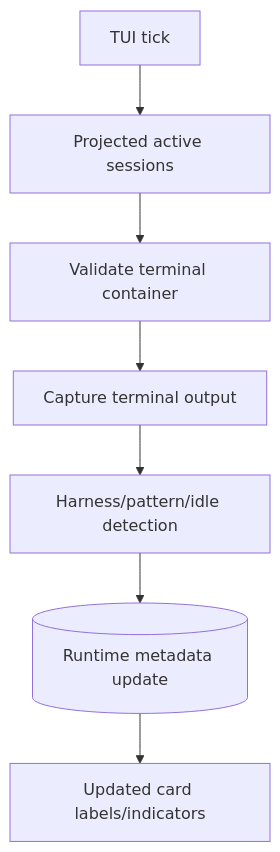
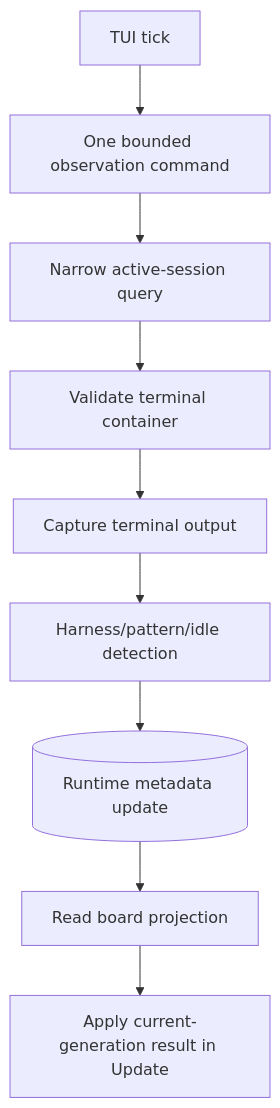
The fifth of 5 diagrams in docs/architecture.md (carlotran4/kanbi), drawn with Mermaid before and after one commit. The commit also changed other lines of this file and 63 other files, not shown here.

````diff
--- a/docs/architecture.md
+++ b/docs/architecture.md
@@ -195,9 +198,11 @@
 ```mermaid
 flowchart TD
-    Tick[TUI tick] --> Active[Projected active sessions]
+    Tick[TUI tick] --> Worker[One bounded observation command]
+    Worker --> Active[Narrow active-session query]
     Active --> Validate[Validate terminal container]
     Validate --> Capture[Capture terminal output]
     Capture --> Detect[Harness/pattern/idle detection]
     Detect --> Store[(Runtime metadata update)]
-    Store --> TUI[Updated card labels/indicators]
+    Store --> Snapshot[Read board projection]
+    Snapshot --> TUI[Apply current-generation result in Update]
 ```
````
